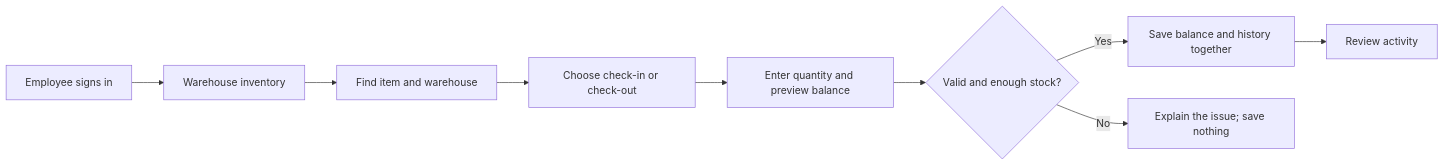
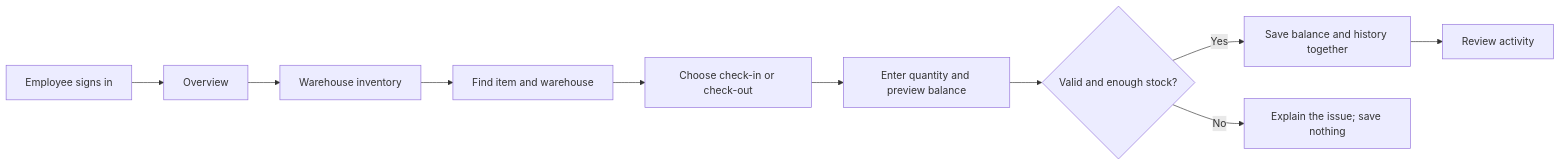
Before and after one commit to Smoofers-21/IMS-Bluebox: the diagram in README.md, drawn with Mermaid. The commit also changed other lines of this file and 38 other files, not shown here.

````diff
--- a/README.md
+++ b/README.md
@@ -36,11 +45,12 @@
 ```mermaid
 flowchart LR
-    A[Employee signs in] --> B[Warehouse inventory]
+    A[Employee signs in] --> O[Overview]
+    O --> B[Warehouse inventory]
     B --> C[Find item and warehouse]
     C --> D[Choose check-in or check-out]
     D --> E[Enter quantity and preview balance]
     E --> F{Valid and enough stock?}
     F -->|Yes| G[Save balance and history together]
     F -->|No| H[Explain the issue; save nothing]
     G --> I[Review activity]
 ```
````
